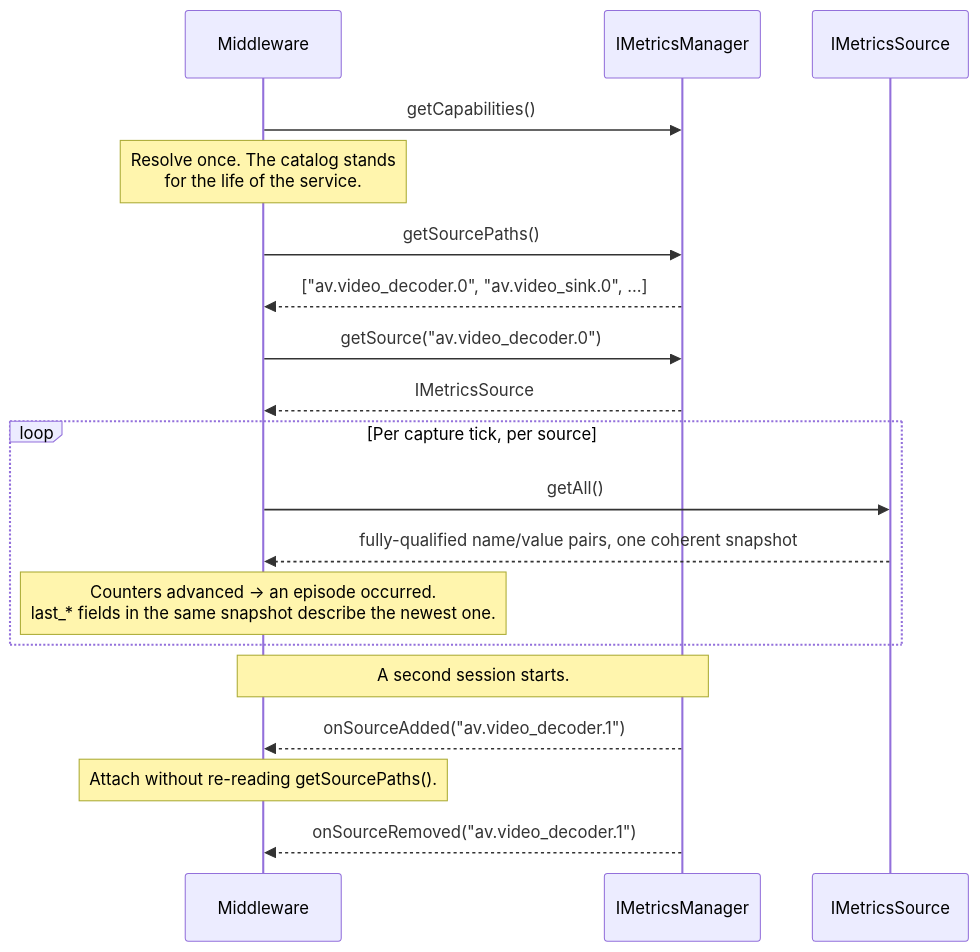
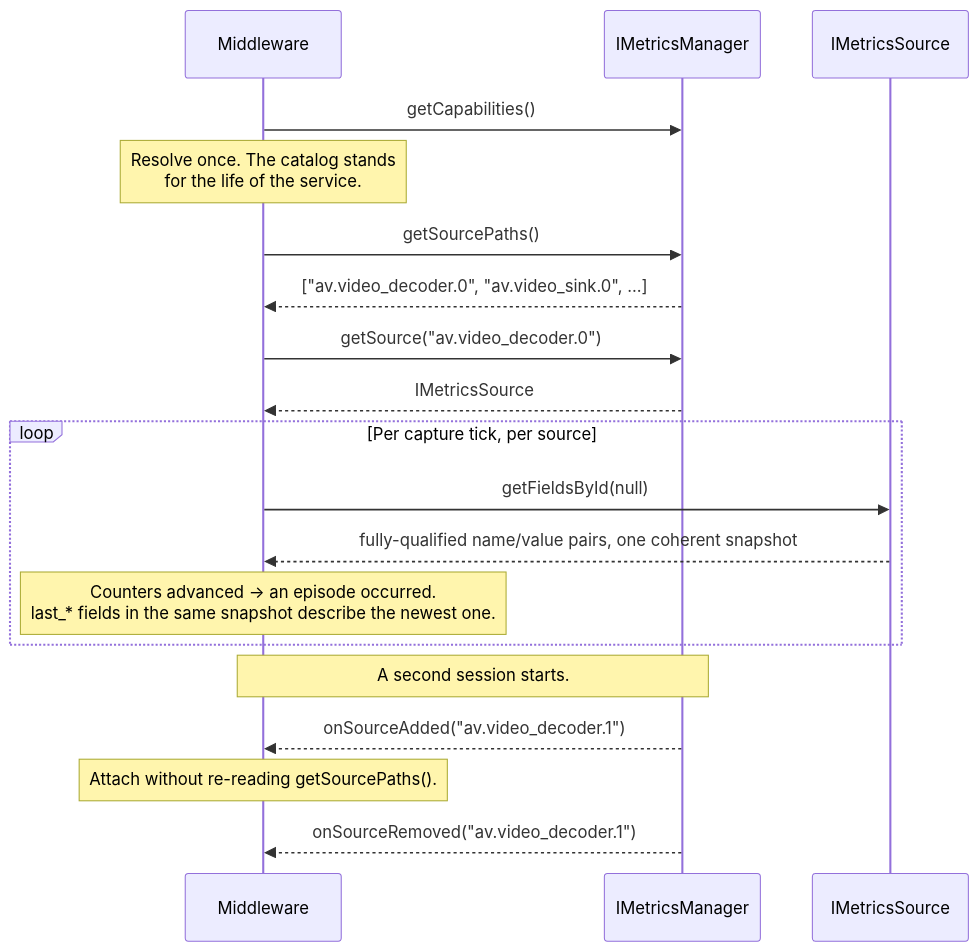
Before and after one commit to rdkcentral/rdk-halif-aidl: the second of 2 diagrams in metrics/current/docs/metrics.md, drawn with Mermaid. The commit also changed other lines of this file and 9 other files, not shown here.

````diff
--- a/metrics/current/docs/metrics.md
+++ b/metrics/current/docs/metrics.md
@@ -375,24 +375,24 @@
 ```mermaid
 sequenceDiagram
     participant Client as Middleware
     participant MGR as IMetricsManager
     participant SRC as IMetricsSource
 
     Client->>MGR: getCapabilities()
     note over Client: Resolve once. The catalog stands<br>for the life of the service.
     Client->>MGR: getSourcePaths()
     MGR-->>Client: ["av.video_decoder.0", "av.video_sink.0", ...]
     Client->>MGR: getSource("av.video_decoder.0")
     MGR-->>Client: IMetricsSource
 
     loop Per capture tick, per source
-        Client->>SRC: getAll()
+        Client->>SRC: getFieldsById(null)
         SRC-->>Client: fully-qualified name/value pairs, one coherent snapshot
         note over Client: Counters advanced -> an episode occurred.<br/>last_* fields in the same snapshot describe the newest one.
     end
 
     note over MGR,Client: A second session starts.
     MGR-->>Client: onSourceAdded("av.video_decoder.1")
     note over Client: Attach without re-reading getSourcePaths().
     MGR-->>Client: onSourceRemoved("av.video_decoder.1")
 ```
````
